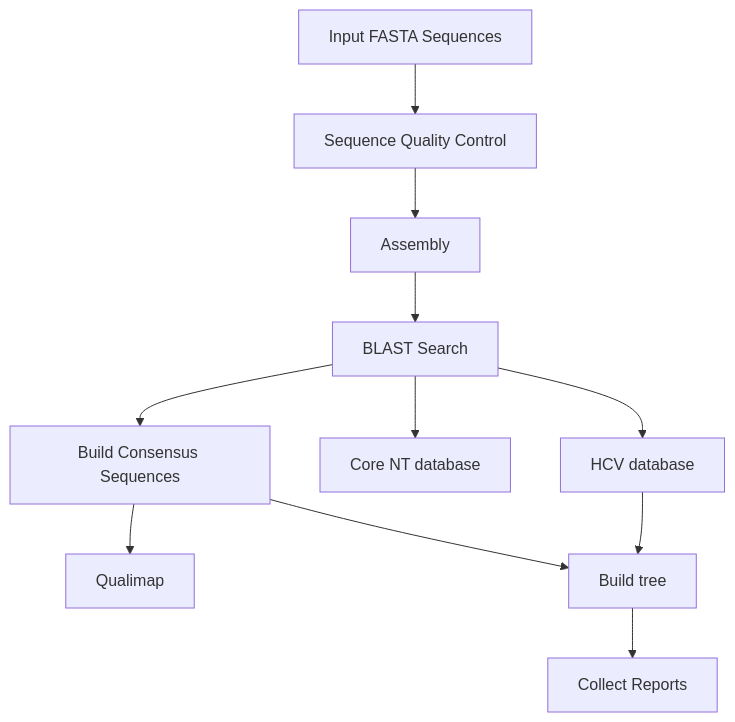
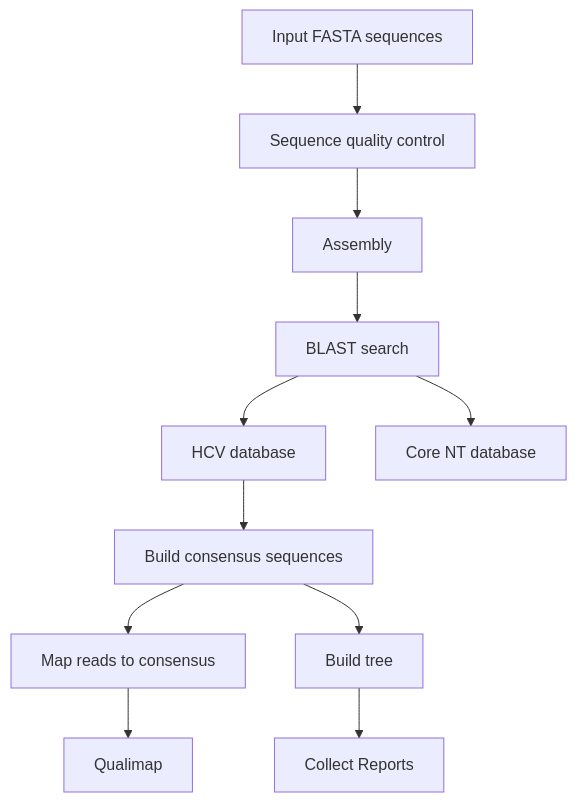
One commit to BCCDC-PHL/hcv-nf changed the diagram in README.md. Above: the diagram before and after it, drawn with Mermaid. The commit also changed 2 other files, not shown here.

Commit message:
add container image to config file

````diff
--- a/README.md
+++ b/README.md
@@ -6,14 +6,14 @@
 ```mermaid
 graph TD
 
-A[Input FASTA Sequences] --> B[Sequence Quality Control]
+A[Input FASTA sequences] --> B[Sequence quality control]
 B --> C[Assembly]
-C --> D[BLAST Search]
+C --> D[BLAST search]
 D --> DA[HCV database]
 D --> DB[Core NT database]
-D --> E[Build Consensus Sequences]
-E --> F[Qualimap]
-E --> G[Build tree]
-DA --> G
-G --> H[Collect Reports]
+DA --> E[Build consensus sequences]
+E --> F[Map reads to consensus]
+F --> G[Qualimap]
+E --> J[Build tree]
+J --> H[Collect Reports]
 ```
````
